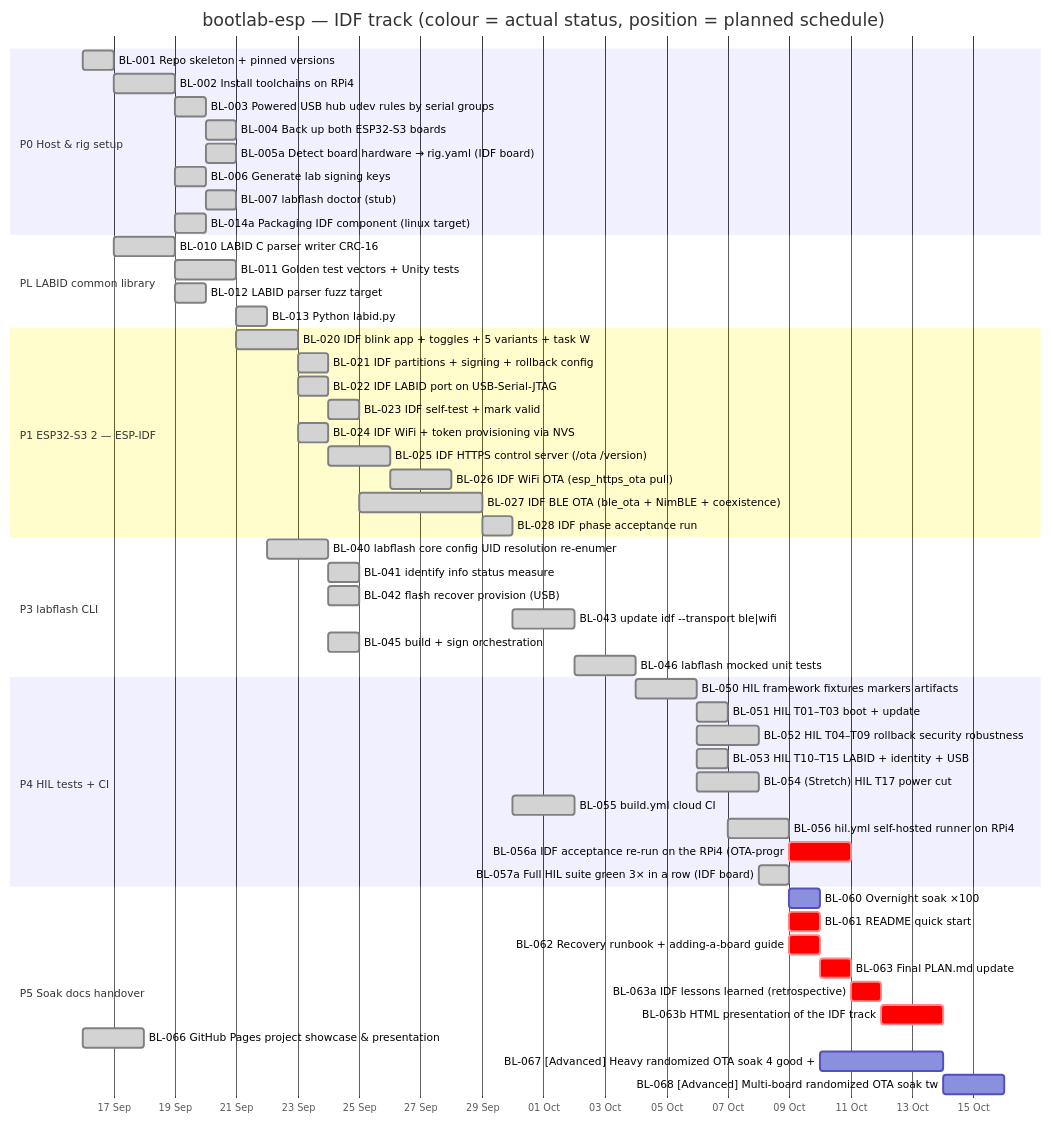
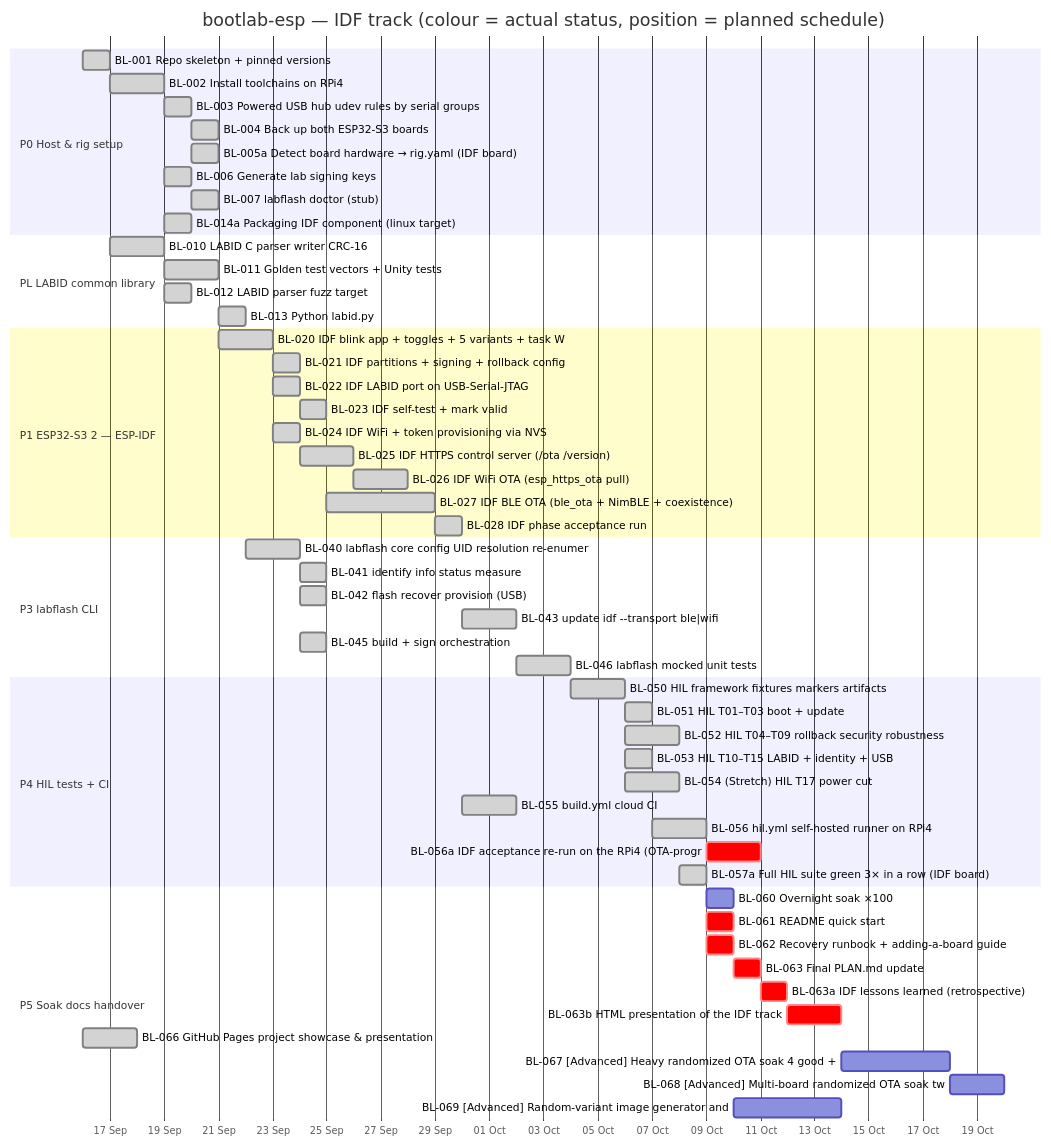
One commit to mohamed-soubhi/bootlab-esp changed the first of 2 diagrams in tickets/GANTT.md. Above: the diagram before and after it, drawn with Mermaid. The commit also changed other lines of this file and 3 other files, not shown here.

First line of the commit message:
docs(tickets): add BL-069 random-variant image generator; BL-067 depends on it

````diff
--- a/tickets/GANTT.md
+++ b/tickets/GANTT.md
@@ -25,58 +25,59 @@
 ```mermaid
 gantt
     title bootlab-esp — IDF track (colour = actual status, position = planned schedule)
     dateFormat YYYY-MM-DD
     axisFormat %d %b
     todayMarker stroke-width:3px,stroke:#f80,opacity:0.7
     section P0 Host & rig setup
     BL-001 Repo skeleton + pinned versions :done, bl001, 2026-09-16, 1d
     BL-002 Install toolchains on RPi4 :done, bl002, 2026-09-17, 2d
     BL-003 Powered USB hub udev rules by serial groups :done, bl003, 2026-09-19, 1d
     BL-004 Back up both ESP32-S3 boards :done, bl004, 2026-09-20, 1d
     BL-005a Detect board hardware → rig.yaml (IDF board) :done, bl005a, 2026-09-20, 1d
     BL-006 Generate lab signing keys :done, bl006, 2026-09-19, 1d
     BL-007 labflash doctor (stub) :done, bl007, 2026-09-20, 1d
     BL-014a Packaging IDF component (linux target) :done, bl014a, 2026-09-19, 1d
     section PL LABID common library
     BL-010 LABID C parser writer CRC-16 :done, bl010, 2026-09-17, 2d
     BL-011 Golden test vectors + Unity tests :done, bl011, 2026-09-19, 2d
     BL-012 LABID parser fuzz target :done, bl012, 2026-09-19, 1d
     BL-013 Python labid.py :done, bl013, 2026-09-21, 1d
     section P1 ESP32-S3 2 — ESP-IDF
     BL-020 IDF blink app + toggles + 5 variants + task W :done, bl020, 2026-09-21, 2d
     BL-021 IDF partitions + signing + rollback config :done, bl021, 2026-09-23, 1d
     BL-022 IDF LABID port on USB-Serial-JTAG :done, bl022, 2026-09-23, 1d
     BL-023 IDF self-test + mark valid :done, bl023, 2026-09-24, 1d
     BL-024 IDF WiFi + token provisioning via NVS :done, bl024, 2026-09-23, 1d
     BL-025 IDF HTTPS control server (/ota /version) :done, bl025, 2026-09-24, 2d
     BL-026 IDF WiFi OTA (esp_https_ota pull) :done, bl026, 2026-09-26, 2d
     BL-027 IDF BLE OTA (ble_ota + NimBLE + coexistence) :done, bl027, 2026-09-25, 4d
     BL-028 IDF phase acceptance run :done, bl028, 2026-09-29, 1d
     section P3 labflash CLI
     BL-040 labflash core config UID resolution re-enumer :done, bl040, 2026-09-22, 2d
     BL-041 identify info status measure :done, bl041, 2026-09-24, 1d
     BL-042 flash recover provision (USB) :done, bl042, 2026-09-24, 1d
     BL-043 update idf --transport ble|wifi :done, bl043, 2026-09-30, 2d
     BL-045 build + sign orchestration :done, bl045, 2026-09-24, 1d
     BL-046 labflash mocked unit tests :done, bl046, 2026-10-02, 2d
     section P4 HIL tests + CI
     BL-050 HIL framework fixtures markers artifacts :done, bl050, 2026-10-04, 2d
     BL-051 HIL T01–T03 boot + update :done, bl051, 2026-10-06, 1d
     BL-052 HIL T04–T09 rollback security robustness :done, bl052, 2026-10-06, 2d
     BL-053 HIL T10–T15 LABID + identity + USB :done, bl053, 2026-10-06, 1d
     BL-054 (Stretch) HIL T17 power cut :done, bl054, 2026-10-06, 2d
     BL-055 build.yml cloud CI :done, bl055, 2026-09-30, 2d
     BL-056 hil.yml self-hosted runner on RPi4 :done, bl056, 2026-10-07, 2d
     BL-056a IDF acceptance re-run on the RPi4 (OTA-progr :crit, bl056a, 2026-10-09, 2d
     BL-057a Full HIL suite green 3× in a row (IDF board) :done, bl057a, 2026-10-08, 1d
     section P5 Soak docs handover
     BL-060 Overnight soak ×100 :bl060, 2026-10-09, 1d
     BL-061 README quick start :crit, bl061, 2026-10-09, 1d
     BL-062 Recovery runbook + adding-a-board guide :crit, bl062, 2026-10-09, 1d
     BL-063 Final PLAN.md update :crit, bl063, 2026-10-10, 1d
     BL-063a IDF lessons learned (retrospective) :crit, bl063a, 2026-10-11, 1d
     BL-063b HTML presentation of the IDF track :crit, bl063b, 2026-10-12, 2d
     BL-066 GitHub Pages project showcase & presentation :done, bl066, 2026-09-16, 2d
-    BL-067 [Advanced] Heavy randomized OTA soak 4 good + :bl067, 2026-10-10, 4d
-    BL-068 [Advanced] Multi-board randomized OTA soak tw :bl068, 2026-10-14, 2d
+    BL-067 [Advanced] Heavy randomized OTA soak 4 good + :bl067, 2026-10-14, 4d
+    BL-068 [Advanced] Multi-board randomized OTA soak tw :bl068, 2026-10-18, 2d
+    BL-069 [Advanced] Random-variant image generator and :bl069, 2026-10-10, 4d
 ```
````
